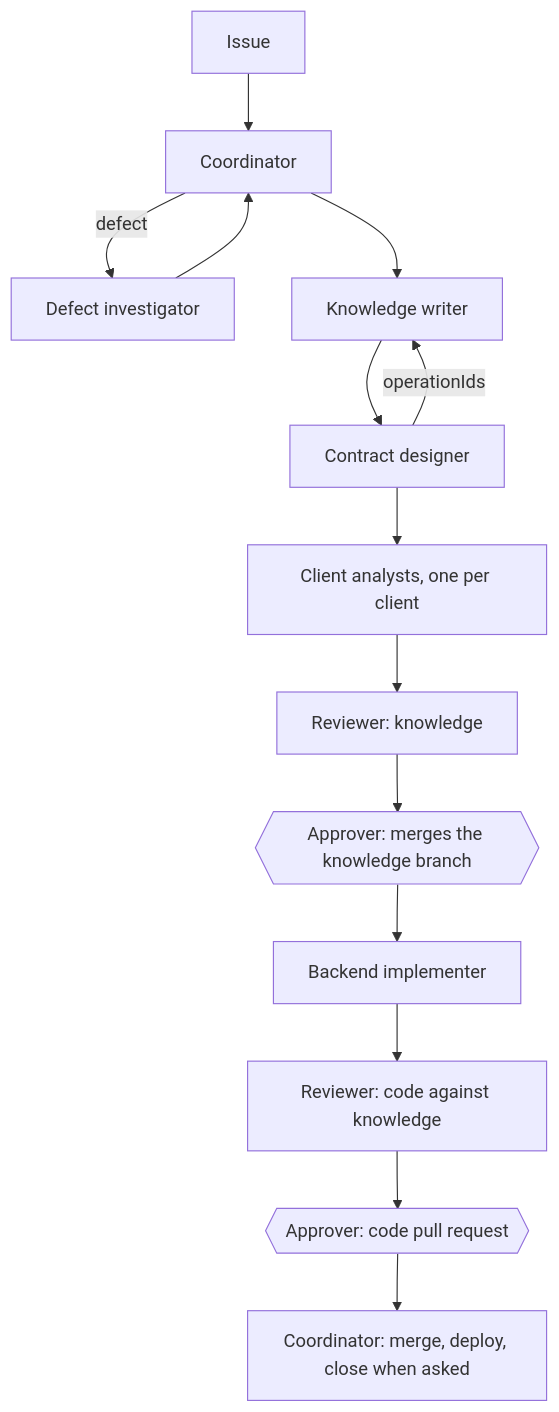
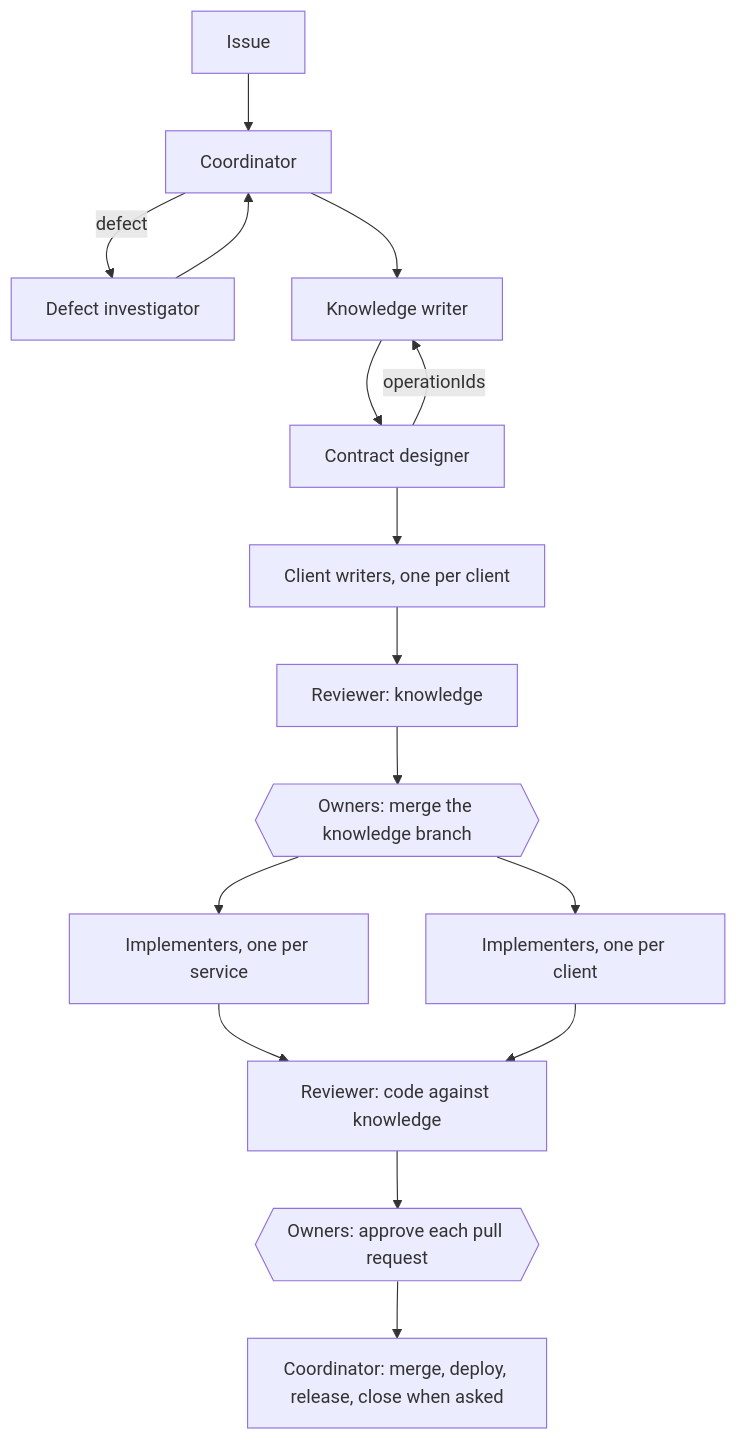
The diagram in docs/governances/artifact-driven/team.md (hieutran21198/Artifact-Driven-Framework), drawn with Mermaid before and after one commit. The commit also changed other lines of this file and 77 other files, not shown here.

````diff
--- a/docs/governances/artifact-driven/team.md
+++ b/docs/governances/artifact-driven/team.md
@@ -24,16 +43,18 @@
 ```mermaid
 flowchart TB
     issue[Issue] --> coordinator[Coordinator]
     coordinator -- defect --> investigator[Defect investigator]
     investigator --> coordinator
     coordinator --> writer[Knowledge writer]
     writer --> designer[Contract designer]
     designer -- operationIds --> writer
-    designer --> analysts[Client analysts, one per client]
-    analysts --> review_k[Reviewer: knowledge]
-    review_k --> approve_k{{Approver: merges the knowledge branch}}
-    approve_k --> implementer[Backend implementer]
-    implementer --> review_c[Reviewer: code against knowledge]
-    review_c --> approve_c{{Approver: code pull request}}
-    approve_c --> coordinator_done[Coordinator: merge, deploy, close when asked]
+    designer --> clients[Client writers, one per client]
+    clients --> review_k[Reviewer: knowledge]
+    review_k --> approve_k{{Owners: merge the knowledge branch}}
+    approve_k --> services[Implementers, one per service]
+    approve_k --> apps[Implementers, one per client]
+    services --> review_c[Reviewer: code against knowledge]
+    apps --> review_c
+    review_c --> approve_c{{Owners: approve each pull request}}
+    approve_c --> coordinator_done[Coordinator: merge, deploy, release, close when asked]
 ```
````
